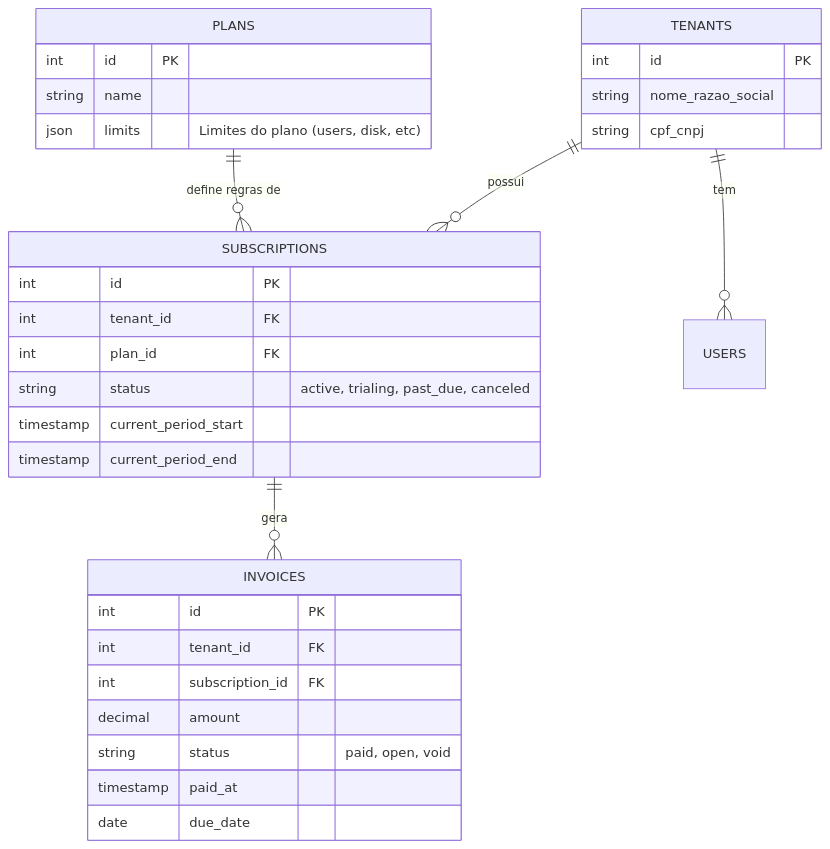
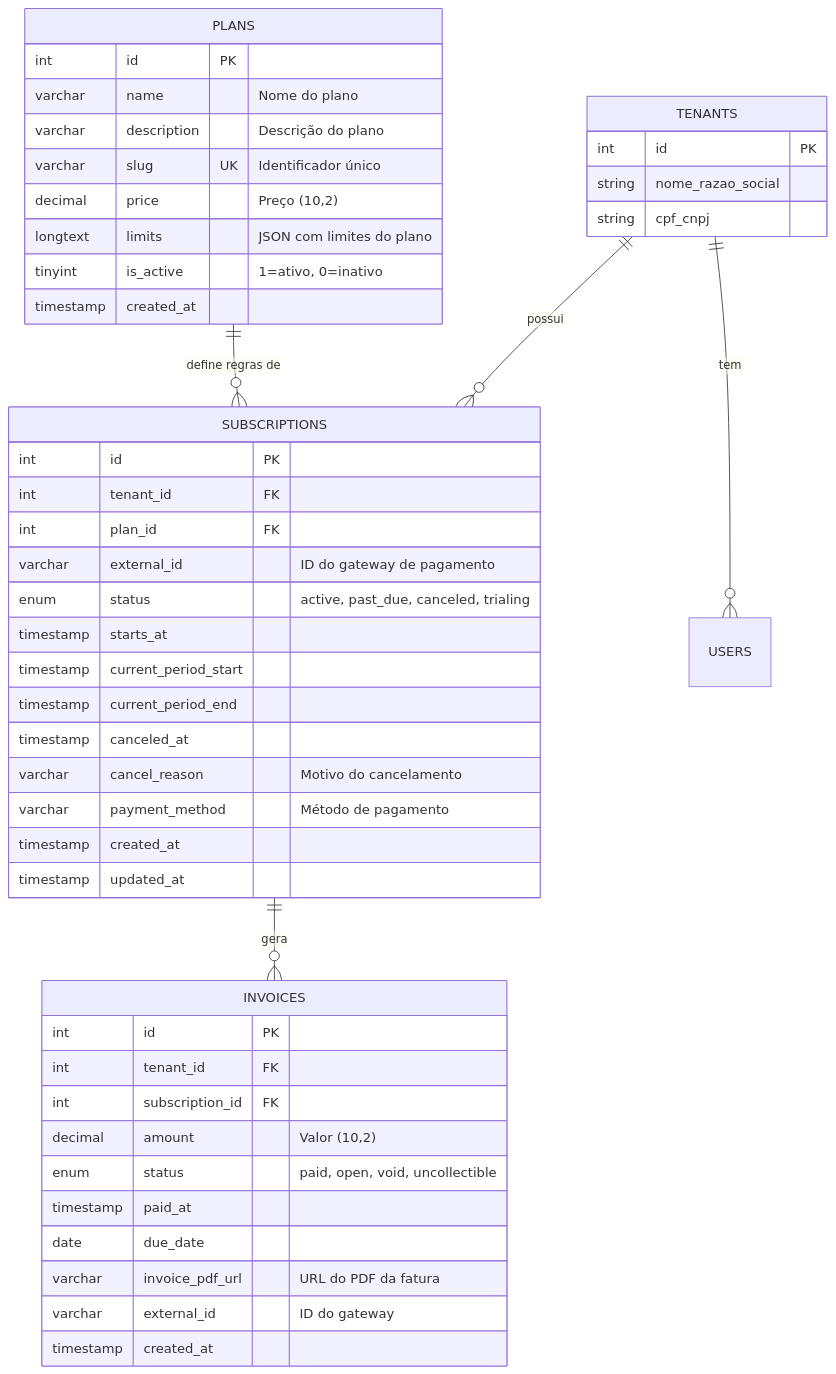
Before and after one commit to antoniofr22/vigiasafra: the diagram in subscription_system.md, drawn with Mermaid. The commit also changed other lines of this file, not shown here.

````diff
--- a/subscription_system.md
+++ b/subscription_system.md
@@ -22,38 +22,53 @@
 ```mermaid
 erDiagram
     TENANTS ||--o{ SUBSCRIPTIONS : "possui"
     PLANS ||--o{ SUBSCRIPTIONS : "define regras de"
     SUBSCRIPTIONS ||--o{ INVOICES : "gera"
     TENANTS ||--o{ USERS : "tem"
 
     TENANTS {
         int id PK
         string nome_razao_social
         string cpf_cnpj
     }
 
     PLANS {
         int id PK
-        string name
-        json limits "Limites do plano (users, disk, etc)"
+        varchar name "Nome do plano"
+        varchar description "Descrição do plano"
+        varchar slug UK "Identificador único"
+        decimal price "Preço (10,2)"
+        longtext limits "JSON com limites do plano"
+        tinyint is_active "1=ativo, 0=inativo"
+        timestamp created_at
     }
 
     SUBSCRIPTIONS {
         int id PK
         int tenant_id FK
         int plan_id FK
-        string status "active, trialing, past_due, canceled"
+        varchar external_id "ID do gateway de pagamento"
+        enum status "active, past_due, canceled, trialing"
+        timestamp starts_at
         timestamp current_period_start
         timestamp current_period_end
+        timestamp canceled_at
+        varchar cancel_reason "Motivo do cancelamento"
+        varchar payment_method "Método de pagamento"
+        timestamp created_at
+        timestamp updated_at
     }
 
     INVOICES {
         int id PK
         int tenant_id FK
         int subscription_id FK
-        decimal amount
-        string status "paid, open, void"
+        decimal amount "Valor (10,2)"
+        enum status "paid, open, void, uncollectible"
         timestamp paid_at
         date due_date
+        varchar invoice_pdf_url "URL do PDF da fatura"
+        varchar external_id "ID do gateway"
+        timestamp created_at
     }
 ```
````
